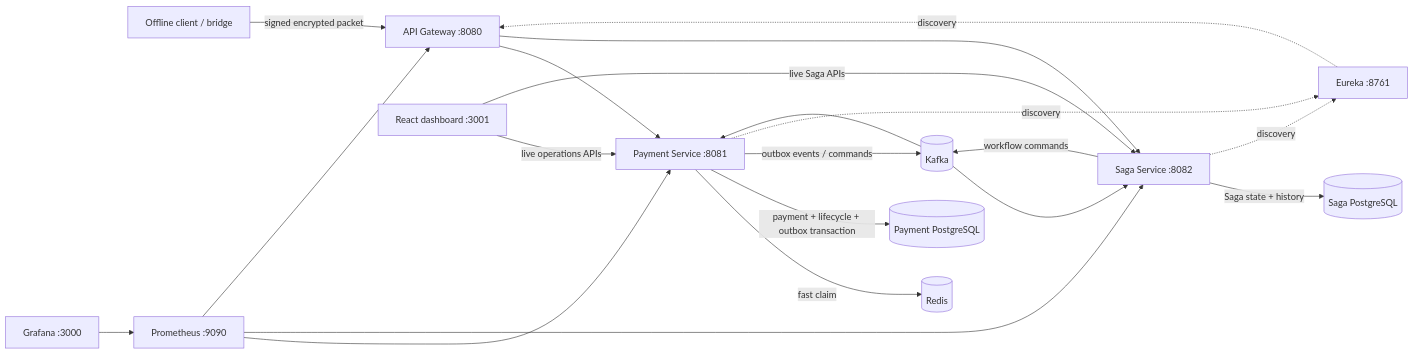
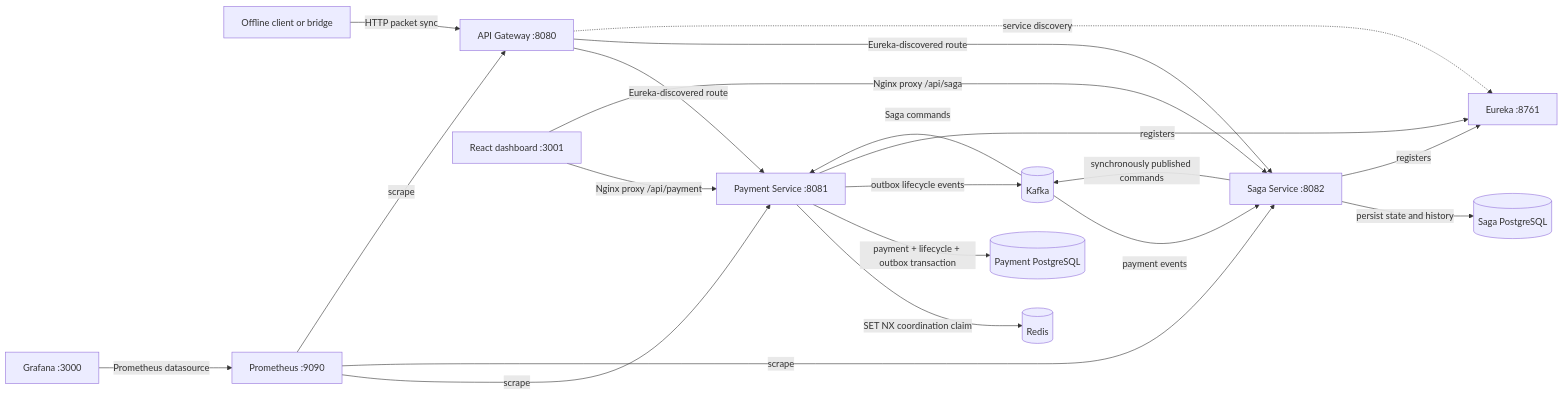
Before and after one commit to aryangaikwad-966/MeshPay-Offline-First-Distributed-Payment-Engine: the diagram in README.md, drawn with Mermaid. The commit also changed other lines of this file, not shown here.

````diff
--- a/README.md
+++ b/README.md
@@ -43,22 +56,26 @@
 ```mermaid
 flowchart LR
-    Client[Offline client / bridge] -->|signed encrypted packet| Gateway[API Gateway :8080]
-    Browser[React dashboard :3001] -->|live operations APIs| Payment[Payment Service :8081]
-    Browser -->|live Saga APIs| Saga[Saga Service :8082]
-    Gateway --> Payment
-    Gateway --> Saga
-    Payment -->|fast claim| Redis[(Redis)]
+    Client[Offline client or bridge] -->|HTTP packet sync| Gateway[API Gateway :8080]
+    Gateway -->|Eureka-discovered route| Payment[Payment Service :8081]
+    Gateway -->|Eureka-discovered route| Saga[Saga Service :8082]
+
+    Browser[React dashboard :3001] -->|Nginx proxy /api/payment| Payment
+    Browser -->|Nginx proxy /api/saga| Saga
+
+    Payment -->|SET NX coordination claim| Redis[(Redis)]
     Payment -->|payment + lifecycle + outbox transaction| PayDB[(Payment PostgreSQL)]
-    Payment -->|outbox events / commands| Kafka[(Kafka)]
-    Kafka --> Saga
-    Saga -->|Saga state + history| SagaDB[(Saga PostgreSQL)]
-    Saga -->|workflow commands| Kafka
-    Kafka --> Payment
-    Eureka[Eureka :8761] -. discovery .-> Gateway
-    Payment -. discovery .-> Eureka
-    Saga -. discovery .-> Eureka
-    Prom[Prometheus :9090] --> Payment
-    Prom --> Saga
-    Prom --> Gateway
-    Grafana[Grafana :3000] --> Prom
+    Payment -->|outbox lifecycle events| Kafka[(Kafka)]
+    Kafka -->|payment events| Saga
+    Saga -->|persist state and history| SagaDB[(Saga PostgreSQL)]
+    Saga -->|synchronously published commands| Kafka
+    Kafka -->|Saga commands| Payment
+
+    Payment -->|registers| Eureka[Eureka :8761]
+    Saga -->|registers| Eureka
+    Gateway -. service discovery .-> Eureka
+
+    Prom[Prometheus :9090] -->|scrape| Payment
+    Prom -->|scrape| Saga
+    Prom -->|scrape| Gateway
+    Grafana[Grafana :3000] -->|Prometheus datasource| Prom
 ```
````
